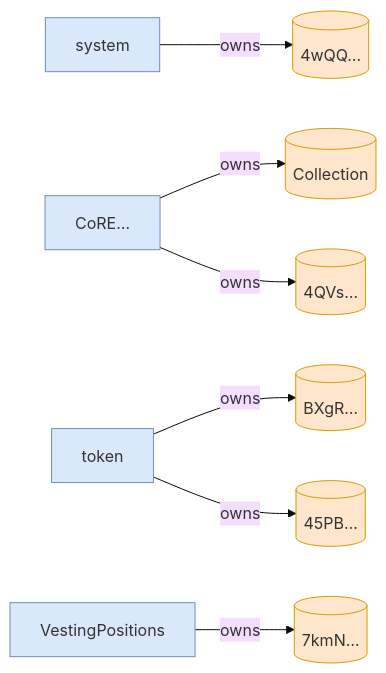
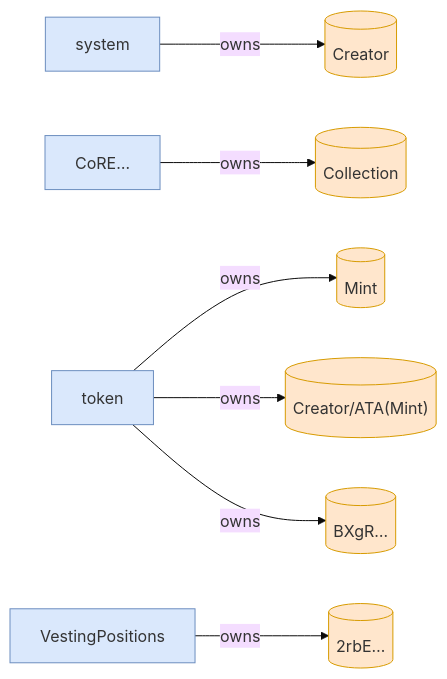
The third of 3 diagrams in babelfish-tests/test-report/compute_units_profile.md (cds-turbin3/vesting-position), drawn with Mermaid (base theme) before and after one commit. The commit also changed other lines of this file and 50 other files, not shown here.

````diff
--- a/babelfish-tests/test-report/compute_units_profile.md
+++ b/babelfish-tests/test-report/compute_units_profile.md
@@ -122,22 +103,22 @@
 ```mermaid
 flowchart LR
     system["system"]:::program
-    4wQQ[("4wQQ…")]:::state
+    Creator[("Creator")]:::state
     CoRE["CoRE…"]:::program
     Collection[("Collection")]:::state
     token["token"]:::program
+    Mint[("Mint")]:::state
+    CreatorATAMint[("Creator/ATA(Mint)")]:::state
+    VestingPositions["VestingPositions"]:::program
+    2rbE[("2rbE…")]:::state
     BXgR[("BXgR…")]:::state
-    45PB[("45PB…")]:::state
-    4QVs[("4QVs…")]:::state
-    VestingPositions["VestingPositions"]:::program
-    7kmN[("7kmN…")]:::state
-    system -->|owns| 4wQQ
+    system -->|owns| Creator
     CoRE -->|owns| Collection
+    token -->|owns| Mint
+    token -->|owns| CreatorATAMint
+    VestingPositions -->|owns| 2rbE
     token -->|owns| BXgR
-    token -->|owns| 45PB
-    CoRE -->|owns| 4QVs
-    VestingPositions -->|owns| 7kmN
     classDef program fill:#dae8fc,stroke:#6c8ebf;
     classDef signer fill:#d5e8d4,stroke:#82b366;
     classDef state fill:#ffe6cc,stroke:#d79b00;
 ```
````
